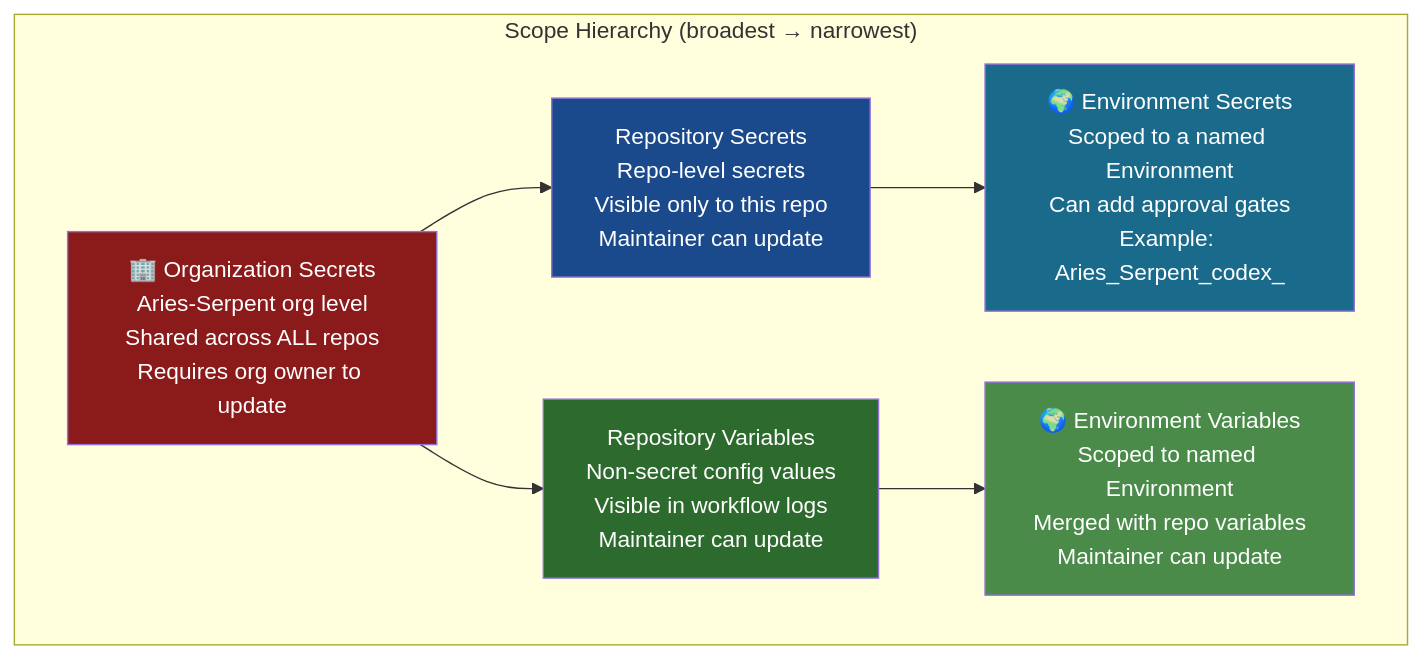
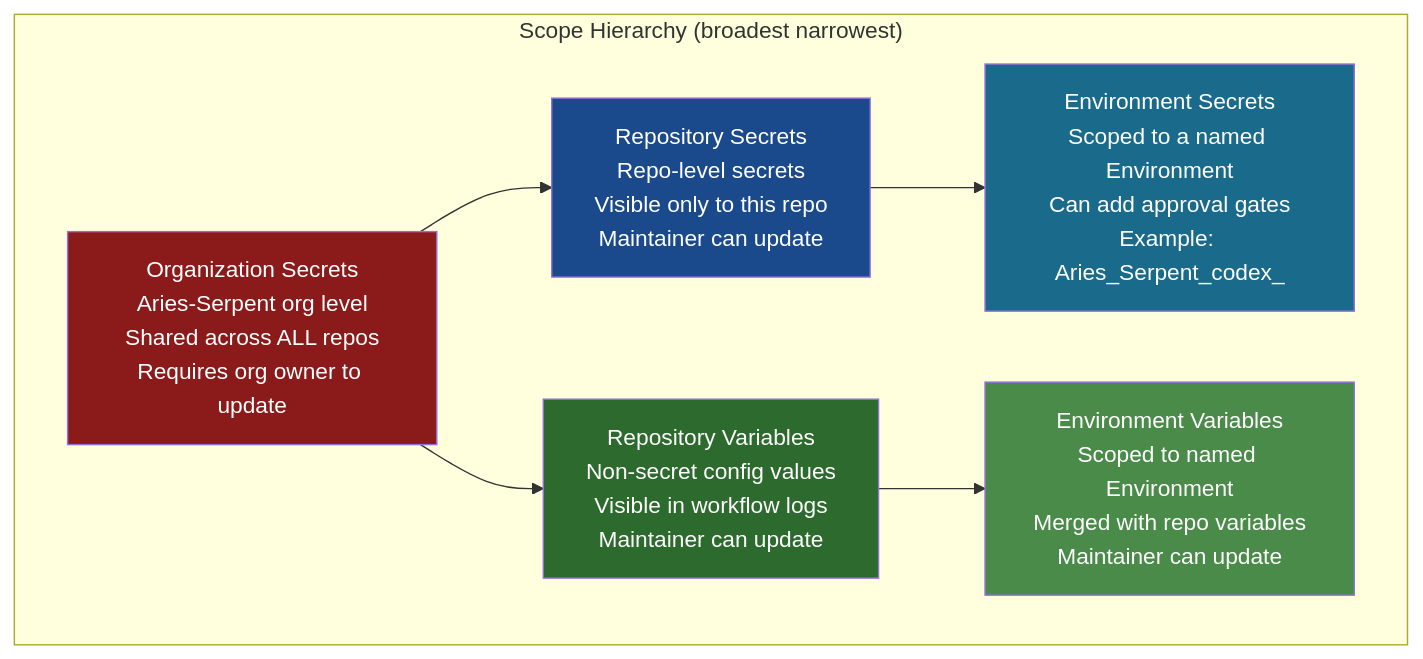
One commit to Aries-Serpent/_codex_ changed diagram 13 of 19 in docs/reference/ELEVATED_PRIVILEGES_TOKEN_REVIEW.md. Above: the diagram before and after it, drawn with Mermaid. The commit also changed other lines of this file and 4117 other files, not shown here.

````diff
--- a/docs/reference/ELEVATED_PRIVILEGES_TOKEN_REVIEW.md
+++ b/docs/reference/ELEVATED_PRIVILEGES_TOKEN_REVIEW.md
@@ -1257,22 +1309,26 @@
 ```mermaid
-%%{init: {'accessibility': {'title': 'Flowchart showing "🏢 Organization Secrets\nAries-Serpent org level\nShared across ALL repos\nRequires org owner to update", " Repository Secrets\nRepo-level secrets\nVisible only to this repo\nMaintainer can update"'}}%%
+%%{init: {'accessibility': {'title': 'Flowchart showing " Organization Secrets\nAries-Serpent org level\nShared across ALL repos\nRequires org owner to update", " Repository Secrets\nRepo-level secrets\nVisible only to this repo\nMaintainer can update"'}}%%
+
 graph TD
-    subgraph "Scope Hierarchy (broadest → narrowest)"
-        ORG["🏢 Organization Secrets\nAries-Serpent org level\nShared across ALL repos\nRequires org owner to update"]
-        REPO_S[" Repository Secrets\nRepo-level secrets\nVisible only to this repo\nMaintainer can update"]
-        ENV_S["🌍 Environment Secrets\nScoped to a named Environment\nCan add approval gates\nExample: Aries_Serpent_codex_"]
-        REPO_V[" Repository Variables\nNon-secret config values\nVisible in workflow logs\nMaintainer can update"]
-        ENV_V["🌍 Environment Variables\nScoped to named Environment\nMerged with repo variables\nMaintainer can update"]
-    end
+ subgraph "Scope Hierarchy (broadest narrowest)"
+ ORG[" Organization Secrets\nAries-Serpent org level\nShared across ALL repos\nRequires org owner to update"]
+ REPO_S[" Repository Secrets\nRepo-level secrets\nVisible only to this repo\nMaintainer can update"]
+ ENV_S[" Environment Secrets\nScoped to a named Environment\nCan add approval gates\nExample: Aries_Serpent_codex_"]
+ REPO_V[" Repository Variables\nNon-secret config values\nVisible in workflow logs\nMaintainer can update"]
+ ENV_V[" Environment Variables\nScoped to named Environment\nMerged with repo variables\nMaintainer can update"]
+ end
 
-    ORG --> REPO_S
-    REPO_S --> ENV_S
-    ORG --> REPO_V
-    REPO_V --> ENV_V
+ ORG --> REPO_S
 
-    style ORG fill:#8b1a1a,color:#fff
-    style REPO_S fill:#1a4a8b,color:#fff
-    style ENV_S fill:#1a6b8b,color:#fff
-    style REPO_V fill:#2d6a2d,color:#fff
-    style ENV_V fill:#4a8b4a,color:#fff
+ REPO_S --> ENV_S
+
+ ORG --> REPO_V
+
+ REPO_V --> ENV_V
+
+ style ORG fill:#8b1a1a,color:#fff
+ style REPO_S fill:#1a4a8b,color:#fff
+ style ENV_S fill:#1a6b8b,color:#fff
+ style REPO_V fill:#2d6a2d,color:#fff
+ style ENV_V fill:#4a8b4a,color:#fff
 ```
````
